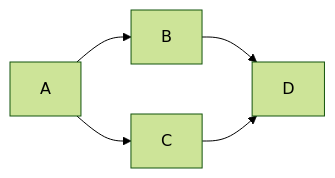
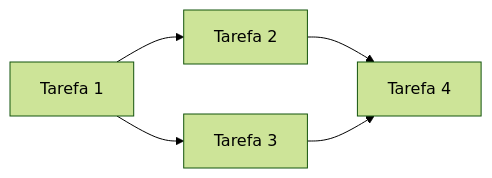
One commit to GiliardGodoi/exemplo changed the diagram in README.md. Above: the diagram before and after it, drawn with Mermaid (forest theme).

````diff
--- a/README.md
+++ b/README.md
@@ -4,7 +4,12 @@
 ```mermaid
 flowchart LR;
+    A["Tarefa 1"]
+    B["Tarefa 2"]
+    C["Tarefa 3"]
+    D["Tarefa 4"]
+
     A --> B;
     A --> C;
     B --> D;
     C --> D;
 ```
````
